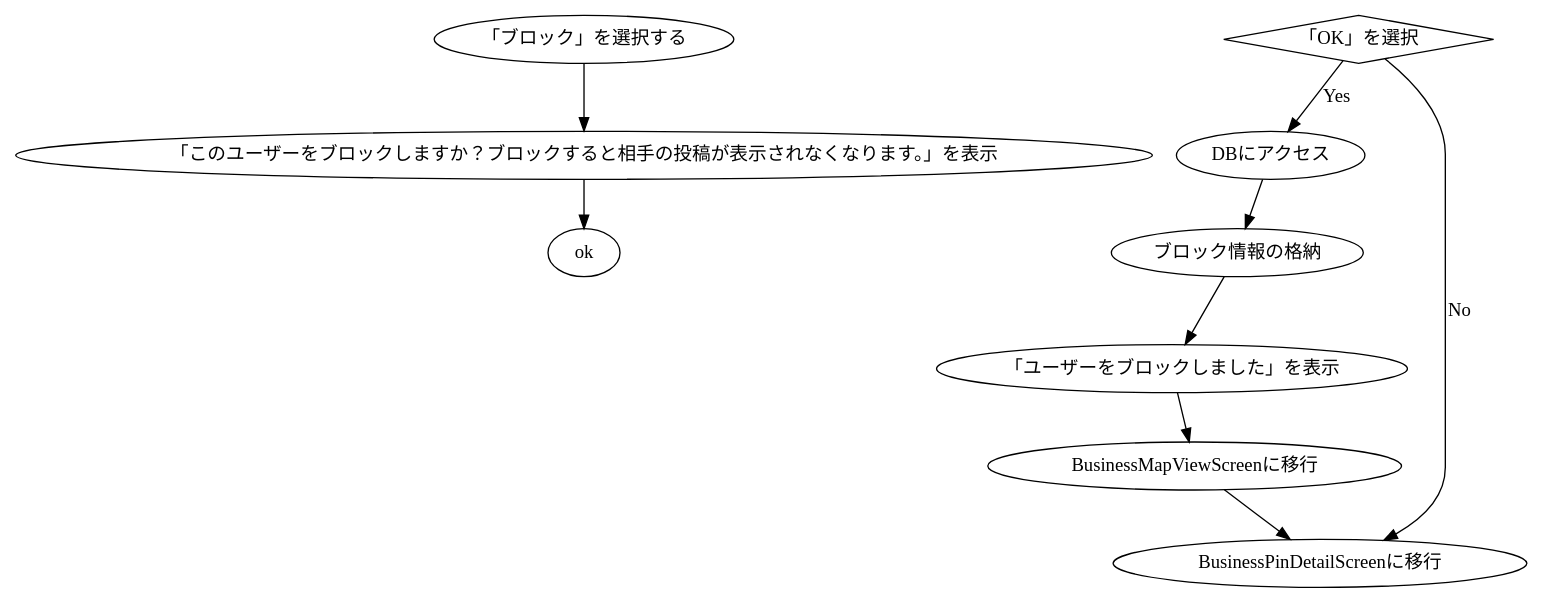
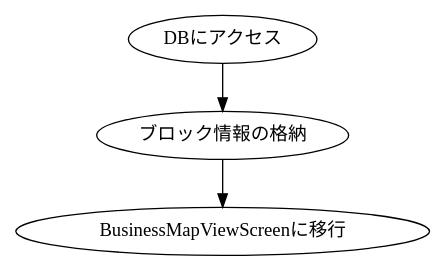
One commit to KUT-Group12/internal_design changed the diagram in dot/iwamura/BusinessInputBlockInformation.dot. Above: the diagram before and after it, drawn with Graphviz. The commit also changed 9 other files, not shown here.

```diff
--- a/dot/iwamura/BusinessInputBlockInformation.dot
+++ b/dot/iwamura/BusinessInputBlockInformation.dot
@@ -1,21 +1,10 @@
 digraph G {
     #include "style.doth"
 
-    select[label = "「ブロック」を選択する"]
-    display[label = "「このユーザーをブロックしますか？ブロックすると相手の投稿が表示されなくなります。」を表示"]
-    yes[label = "「OK」を選択", shape = diamond]
     db[label = "DBにアクセス"]
     store[label = "ブロック情報の格納"]
-    output[label = "「ユーザーをブロックしました」を表示"]
     map[label = "BusinessMapViewScreenに移行"]
-    view[label = "BusinessPinDetailScreenに移行"]
 
-    select -> display
-    display -> ok
-    yes -> db [label = "Yes"]
-    yes -> view [label = "No"]
     db -> store
-    store -> output
-    output -> map
-    map -> view
+    store -> map
 }
```
